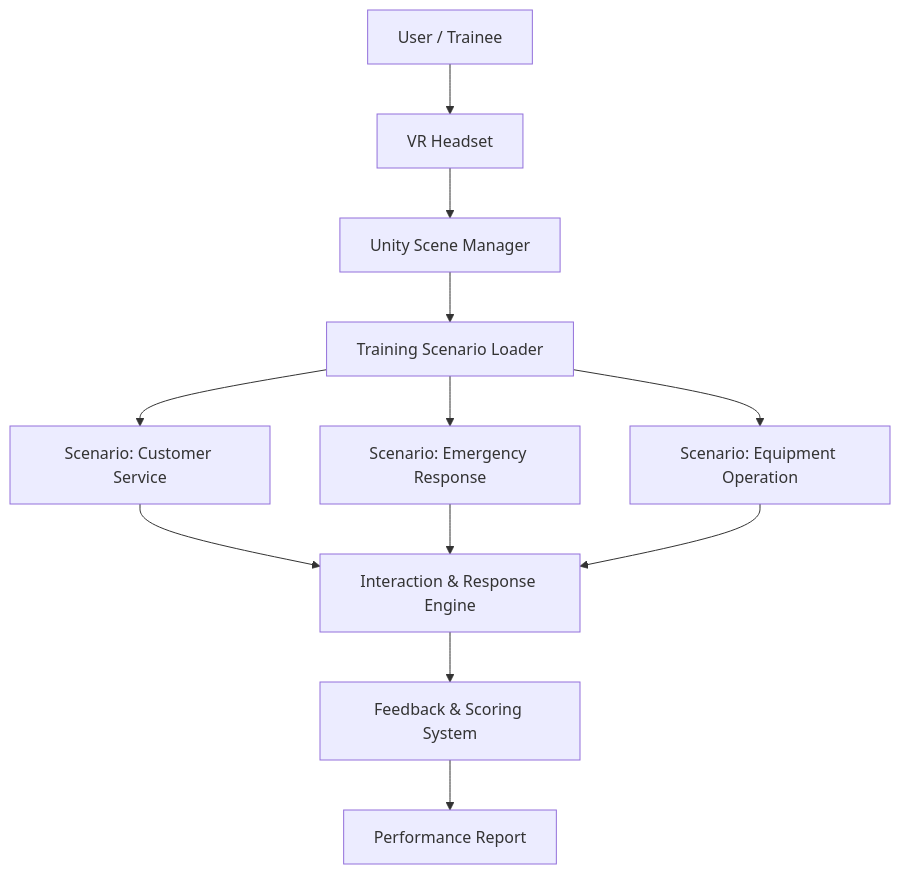
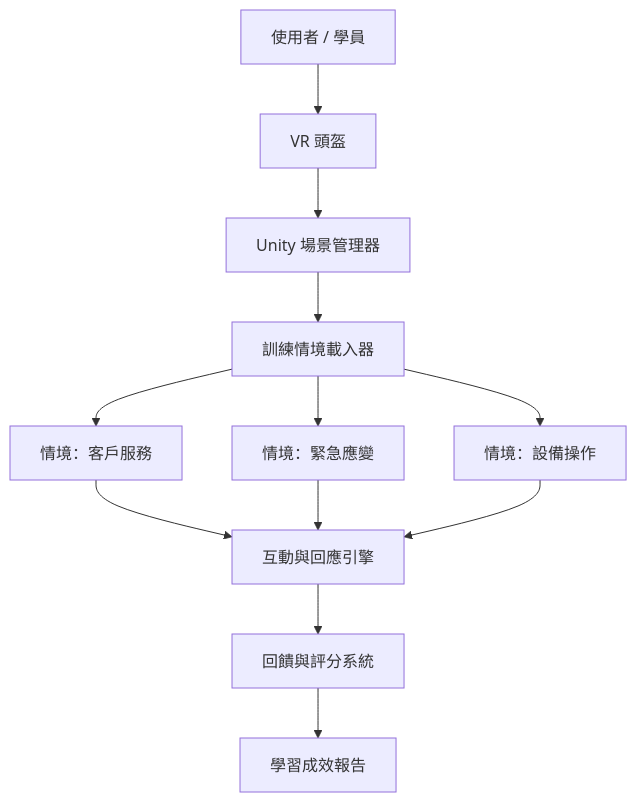
Before and after one commit to Love-MrHou/.github: the diagram in profile/README.md, drawn with Mermaid. The commit also changed other lines of this file, not shown here.

````diff
--- a/profile/README.md
+++ b/profile/README.md
@@ -13,12 +26,12 @@
 ```mermaid
 graph TD
-    A[User / Trainee] --> B[VR Headset]
-    B --> C[Unity Scene Manager]
-    C --> D[Training Scenario Loader]
-    D --> E1[Scenario: Customer Service]
-    D --> E2[Scenario: Emergency Response]
-    D --> E3[Scenario: Equipment Operation]
-    E1 & E2 & E3 --> F[Interaction & Response Engine]
-    F --> G[Feedback & Scoring System]
-    G --> H[Performance Report]
+    A[使用者 / 學員] --> B[VR 頭盔]
+    B --> C[Unity 場景管理器]
+    C --> D[訓練情境載入器]
+    D --> E1[情境：客戶服務]
+    D --> E2[情境：緊急應變]
+    D --> E3[情境：設備操作]
+    E1 & E2 & E3 --> F[互動與回應引擎]
+    F --> G[回饋與評分系統]
+    G --> H[學習成效報告]
 ```
````
